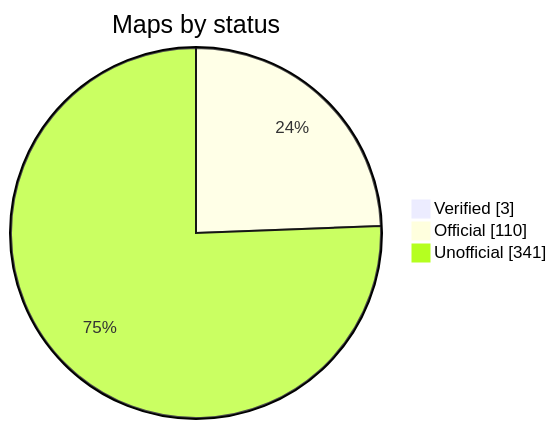
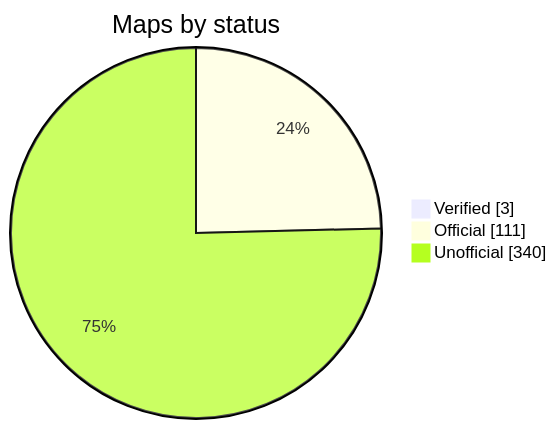
The diagram in README.md (nobrega8/mbmap-library), drawn with Mermaid before and after one commit. The commit also changed 1 other file, not shown here.

Commit message:
Rebuild the index

````diff
--- a/README.md
+++ b/README.md
@@ -48,7 +48,7 @@
 ```mermaid
 pie showData
     title Maps by status
     "Verified" : 3
-    "Official" : 110
-    "Unofficial" : 341
+    "Official" : 111
+    "Unofficial" : 340
 ```
````
